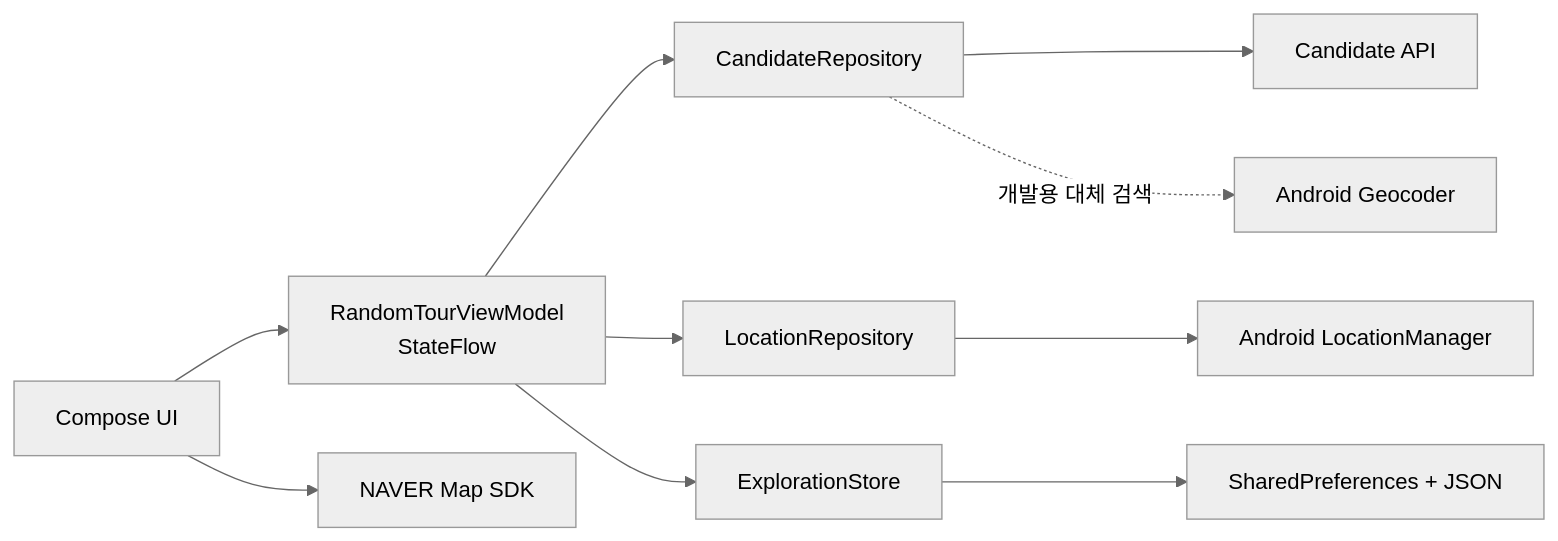
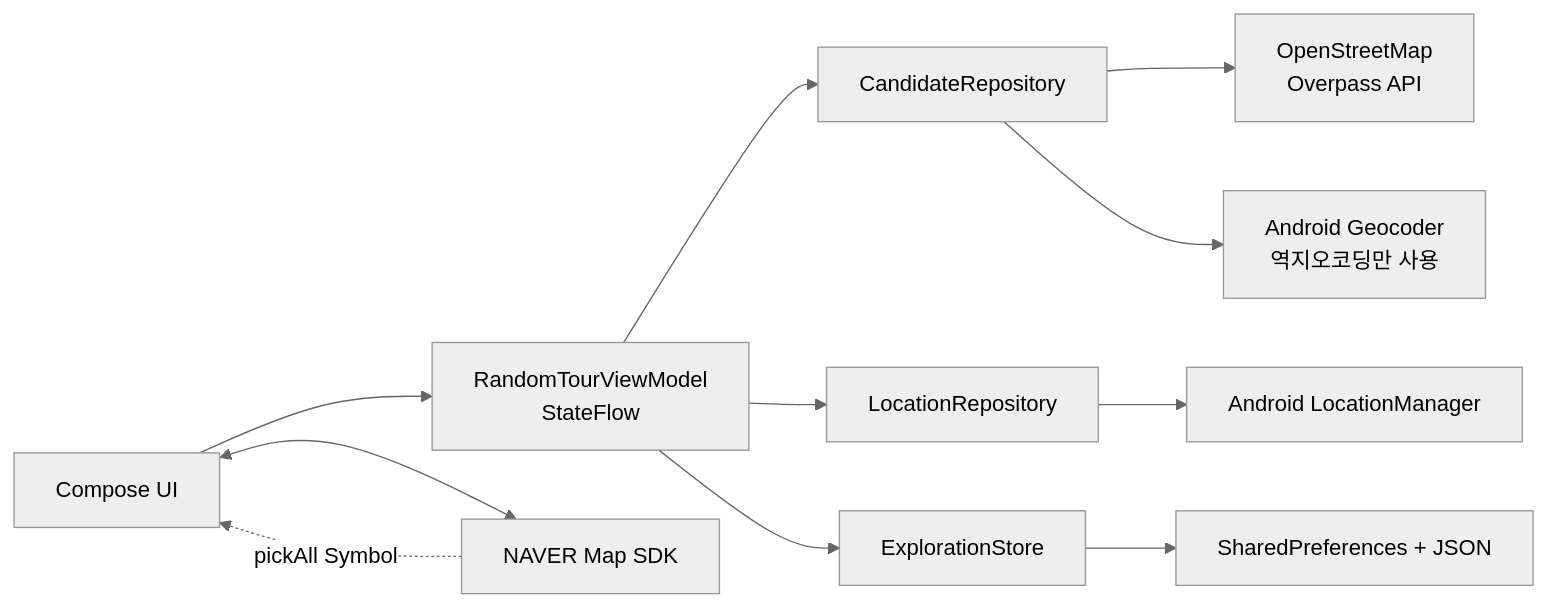
One commit to chlqudco/RandomTour changed the second of 2 diagrams in README.md. Above: the diagram before and after it, drawn with Mermaid (neutral theme). The commit also changed other lines of this file and 10 other files, not shown here.

```diff
--- a/README.md
+++ b/README.md
@@ -96,12 +114,13 @@
 ~~~mermaid
 flowchart LR
     UI[Compose UI] --> VM[RandomTourViewModel<br/>StateFlow]
-    UI --> MAP[NAVER Map SDK]
+    UI <--> MAP[NAVER Map SDK]
+    MAP -. pickAll Symbol .-> UI
     VM --> CANDIDATE[CandidateRepository]
     VM --> LOCATION[LocationRepository]
     VM --> STORE[ExplorationStore]
-    CANDIDATE --> API[Candidate API]
-    CANDIDATE -. 개발용 대체 검색 .-> GEOCODER[Android Geocoder]
+    CANDIDATE --> OVERPASS[OpenStreetMap<br/>Overpass API]
+    CANDIDATE --> GEOCODER[Android Geocoder<br/>역지오코딩만 사용]
     LOCATION --> LM[Android LocationManager]
     STORE --> PREF[SharedPreferences + JSON]
 ~~~
```
